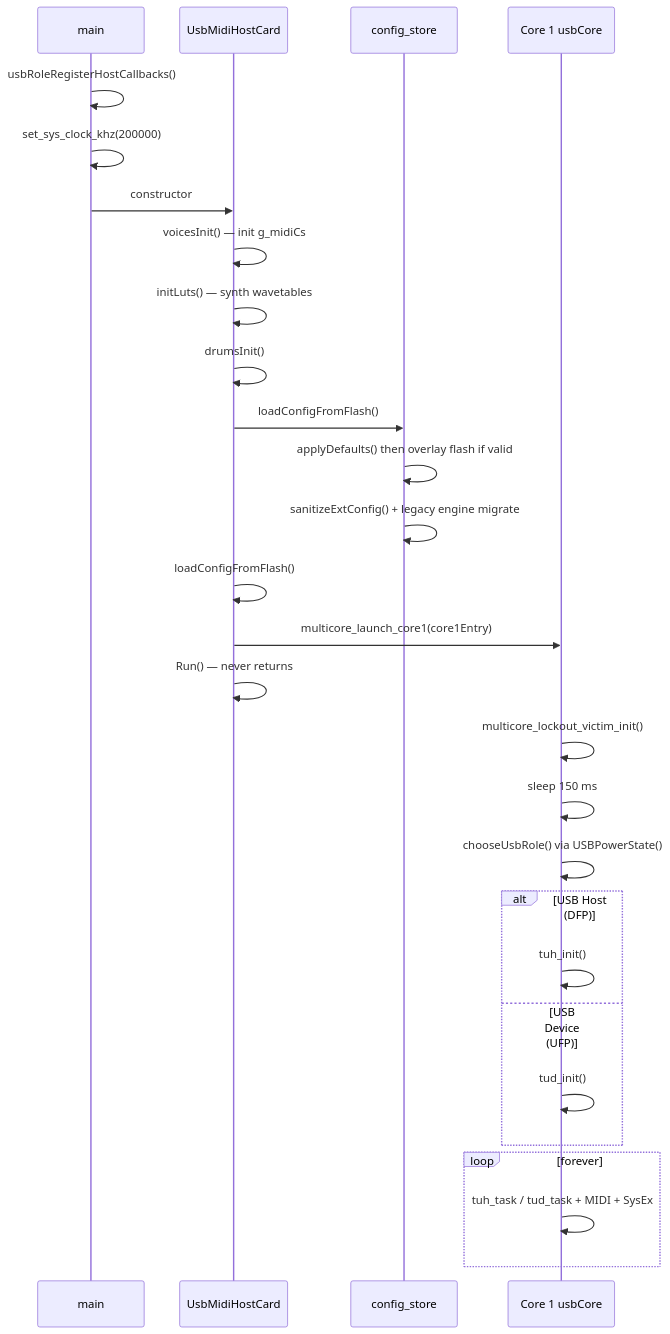
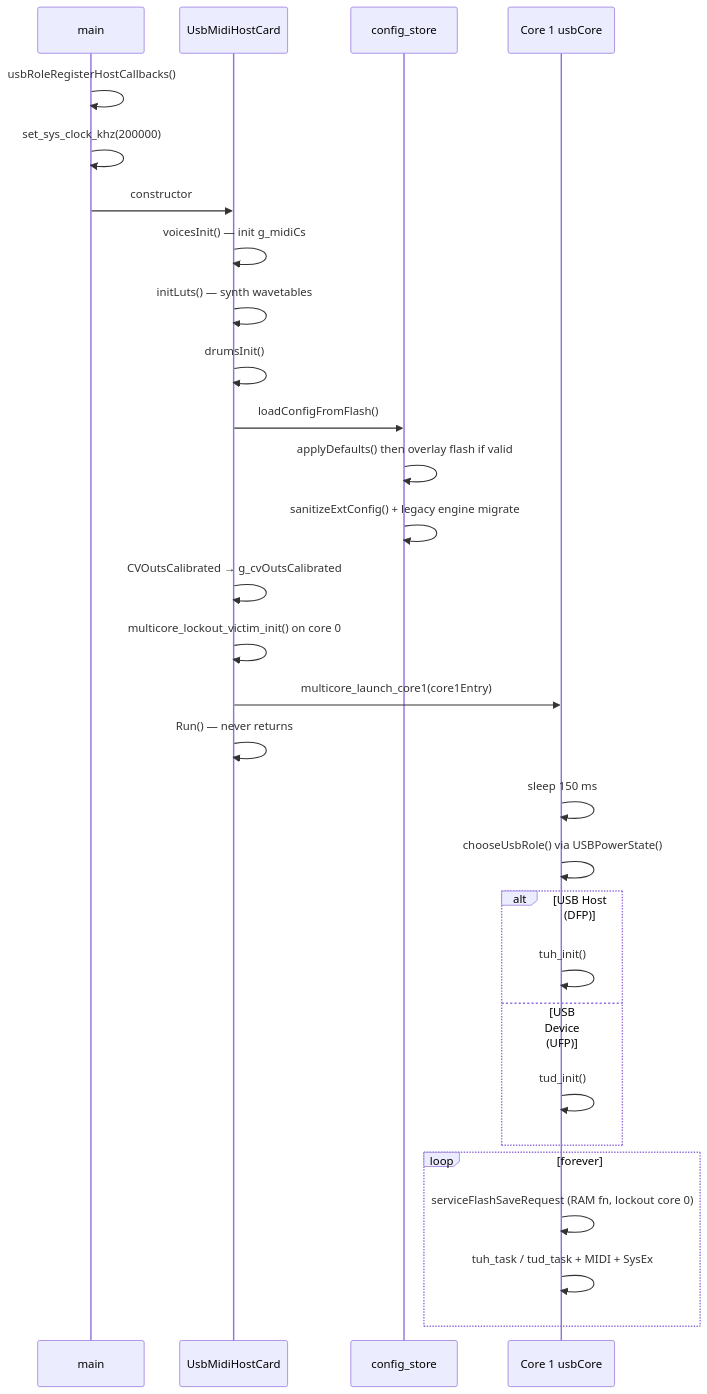
One commit to TomWhitwell/Workshop_Computer changed the second of 10 diagrams in releases/92_usb_midi_host_synth/docs/developer/CONTROL_FLOW.md. Above: the diagram before and after it, drawn with Mermaid. The commit also changed other lines of this file and 11 other files, not shown here.

````diff
--- a/releases/92_usb_midi_host_synth/docs/developer/CONTROL_FLOW.md
+++ b/releases/92_usb_midi_host_synth/docs/developer/CONTROL_FLOW.md
@@ -102,32 +102,33 @@
 ```mermaid
 sequenceDiagram
     participant main
     participant Card as UsbMidiHostCard
     participant Flash as config_store
     participant C1 as Core 1 usbCore
 
     main->>main: usbRoleRegisterHostCallbacks()
     main->>main: set_sys_clock_khz(200000)
     main->>Card: constructor
     Card->>Card: voicesInit() — init g_midiCs
     Card->>Card: initLuts() — synth wavetables
     Card->>Card: drumsInit()
     Card->>Flash: loadConfigFromFlash()
     Flash->>Flash: applyDefaults() then overlay flash if valid
     Flash->>Flash: sanitizeExtConfig() + legacy engine migrate
-    Card->>Card: loadConfigFromFlash()
+    Card->>Card: CVOutsCalibrated → g_cvOutsCalibrated
+    Card->>Card: multicore_lockout_victim_init() on core 0
     Card->>C1: multicore_launch_core1(core1Entry)
     Card->>Card: Run() — never returns
 
-    C1->>C1: multicore_lockout_victim_init()
     C1->>C1: sleep 150 ms
     C1->>C1: chooseUsbRole() via USBPowerState()
     alt USB Host (DFP)
         C1->>C1: tuh_init()
     else USB Device (UFP)
         C1->>C1: tud_init()
     end
     loop forever
+        C1->>C1: serviceFlashSaveRequest (RAM fn, lockout core 0)
         C1->>C1: tuh_task / tud_task + MIDI + SysEx
     end
 ```
````
